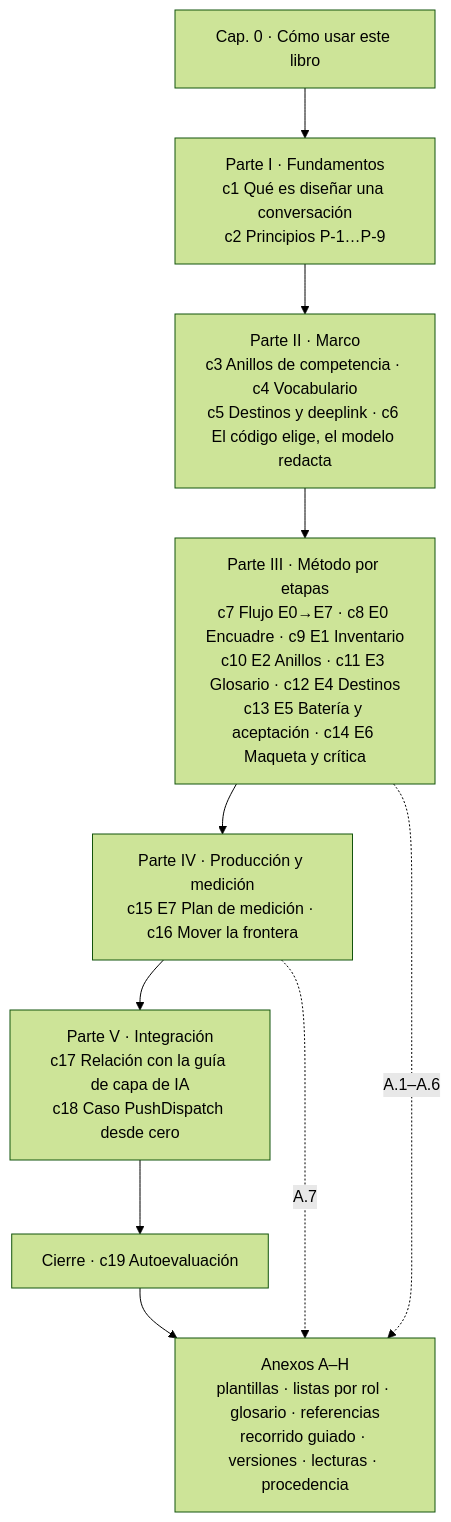
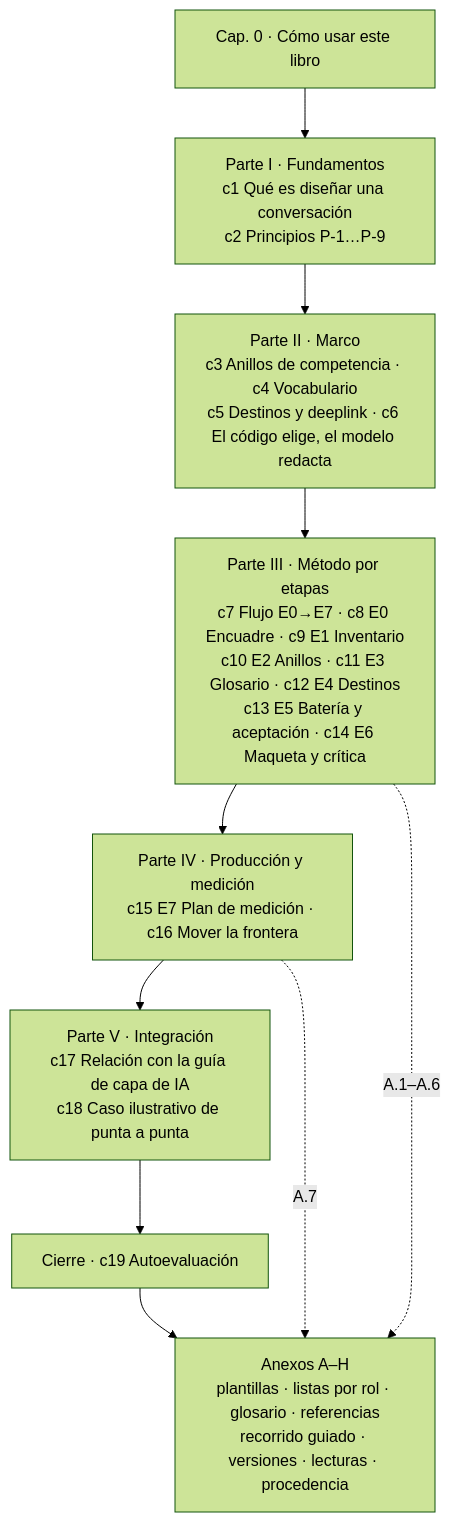
Before and after one commit to hdcm-dev/Lab-Documentos: the first of 25 diagrams in Guides/IA/Dot-Net-Integration-AI-Layer-Guide/Conversational-Design-Framework-Guide.md, drawn with Mermaid (forest theme). The commit also changed other lines of this file and 1 other file, not shown here.

First line of the commit message:
Guía de diseño conversacional 1.0.0: reorientada a lector académico y general

````diff
--- a/Guides/IA/Dot-Net-Integration-AI-Layer-Guide/Conversational-Design-Framework-Guide.md
+++ b/Guides/IA/Dot-Net-Integration-AI-Layer-Guide/Conversational-Design-Framework-Guide.md
@@ -38,12 +37,12 @@
 ```mermaid
 flowchart TD
   P0["Cap. 0 · Cómo usar este libro"] --> I["Parte I · Fundamentos<br/>c1 Qué es diseñar una conversación<br/>c2 Principios P-1…P-9"]
   I --> II["Parte II · Marco<br/>c3 Anillos de competencia · c4 Vocabulario<br/>c5 Destinos y deeplink · c6 El código elige, el modelo redacta"]
   II --> III["Parte III · Método por etapas<br/>c7 Flujo E0→E7 · c8 E0 Encuadre · c9 E1 Inventario<br/>c10 E2 Anillos · c11 E3 Glosario · c12 E4 Destinos<br/>c13 E5 Batería y aceptación · c14 E6 Maqueta y crítica"]
   III --> IV["Parte IV · Producción y medición<br/>c15 E7 Plan de medición · c16 Mover la frontera"]
-  IV --> V["Parte V · Integración<br/>c17 Relación con la guía de capa de IA<br/>c18 Caso PushDispatch desde cero"]
+  IV --> V["Parte V · Integración<br/>c17 Relación con la guía de capa de IA<br/>c18 Caso ilustrativo de punta a punta"]
   V --> C["Cierre · c19 Autoevaluación"]
   C --> AN["Anexos A–H<br/>plantillas · listas por rol · glosario · referencias<br/>recorrido guiado · versiones · lecturas · procedencia"]
   III -.->|A.1–A.6| AN
   IV -.->|A.7| AN
 ```
````
